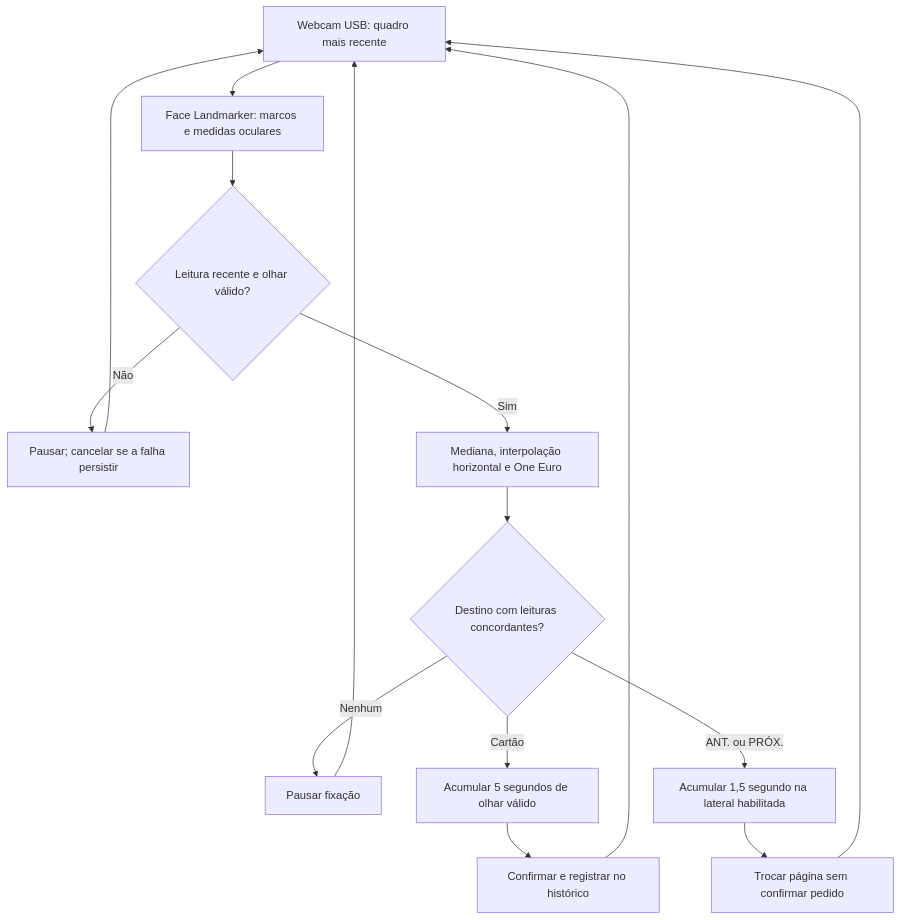
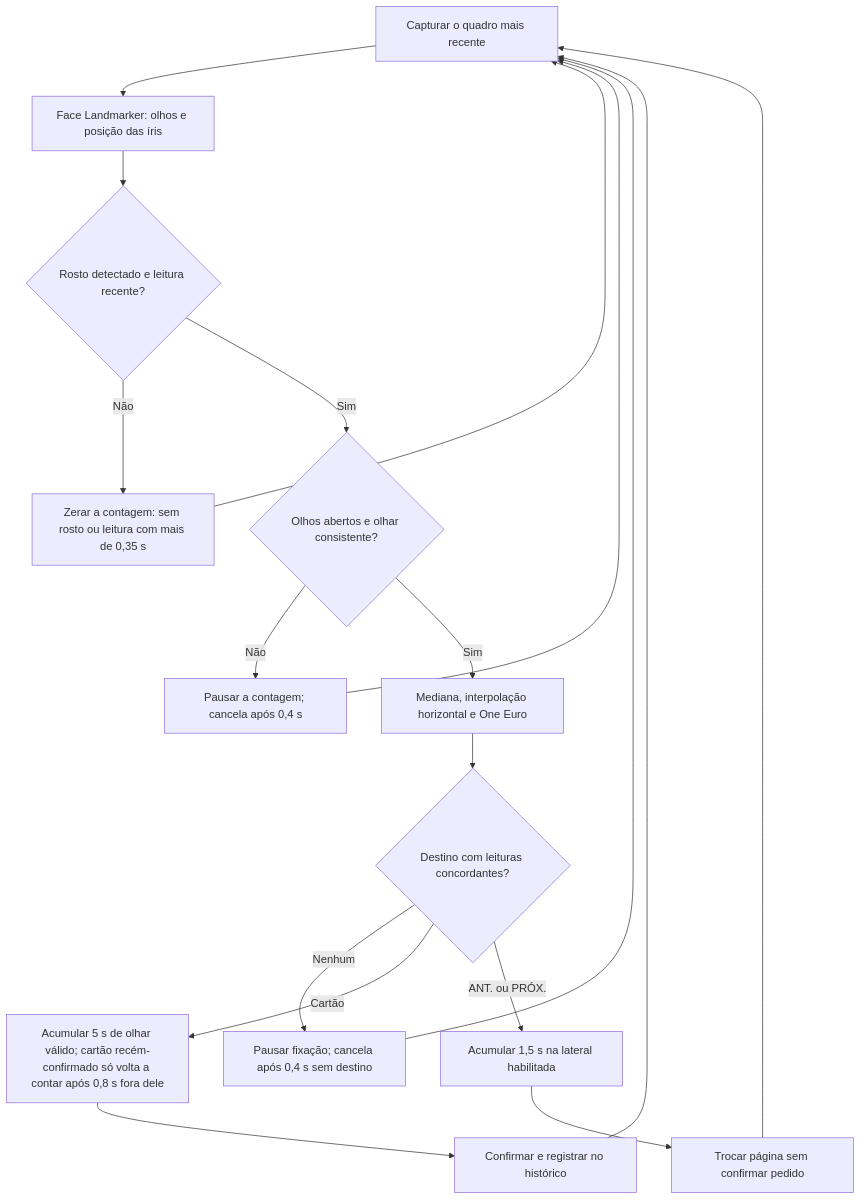
Before and after one commit to WesleyP-Dev/EyeBridge: the diagram in documentacao/imagens/fluxograma.mmd, drawn with Mermaid. The commit also changed 2 other files, not shown here.

```diff
--- a/documentacao/imagens/fluxograma.mmd
+++ b/documentacao/imagens/fluxograma.mmd
@@ -1,15 +1,18 @@
 flowchart TD
-    A[Webcam USB: quadro mais recente] --> B[Face Landmarker: marcos e medidas oculares]
-    B --> C{Leitura recente e olhar válido?}
-    C -- Não --> D[Pausar; cancelar se a falha persistir]
-    D --> A
-    C -- Sim --> E[Mediana, interpolação horizontal e One Euro]
+    A[Capturar o quadro mais recente] --> B[Face Landmarker: olhos e posição das íris]
+    B --> C{Rosto detectado e leitura recente?}
+    C -- Não --> Z[Zerar a contagem: sem rosto ou leitura com mais de 0,35 s]
+    Z --> A
+    C -- Sim --> D{Olhos abertos e olhar consistente?}
+    D -- Não --> P[Pausar a contagem; cancela após 0,4 s]
+    P --> A
+    D -- Sim --> E[Mediana, interpolação horizontal e One Euro]
     E --> F{Destino com leituras concordantes?}
-    F -- Nenhum --> G[Pausar fixação]
+    F -- Nenhum --> G[Pausar fixação; cancela após 0,4 s sem destino]
     G --> A
-    F -- Cartão --> H[Acumular 5 segundos de olhar válido]
+    F -- Cartão --> H[Acumular 5 s de olhar válido; cartão recém-confirmado só volta a contar após 0,8 s fora dele]
     H --> I[Confirmar e registrar no histórico]
-    F -- ANT. ou PRÓX. --> J[Acumular 1,5 segundo na lateral habilitada]
+    F -- ANT. ou PRÓX. --> J[Acumular 1,5 s na lateral habilitada]
     J --> K[Trocar página sem confirmar pedido]
     I --> A
     K --> A
```
